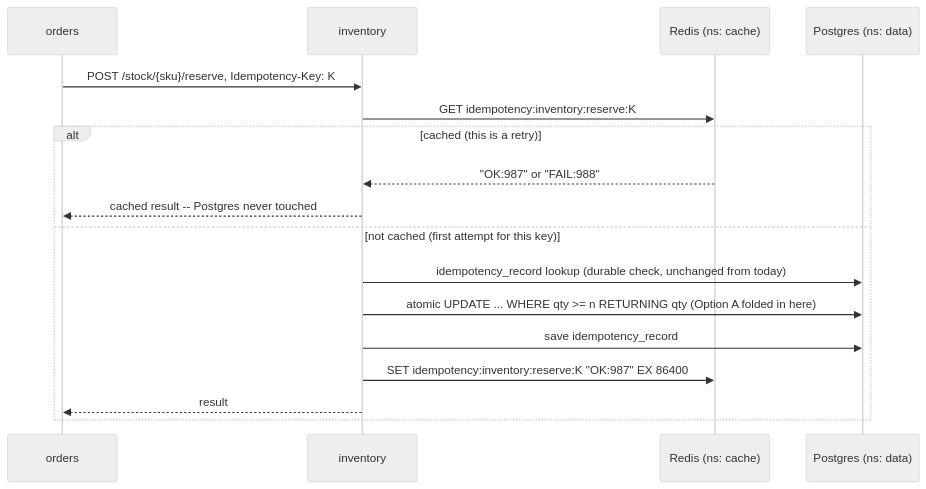
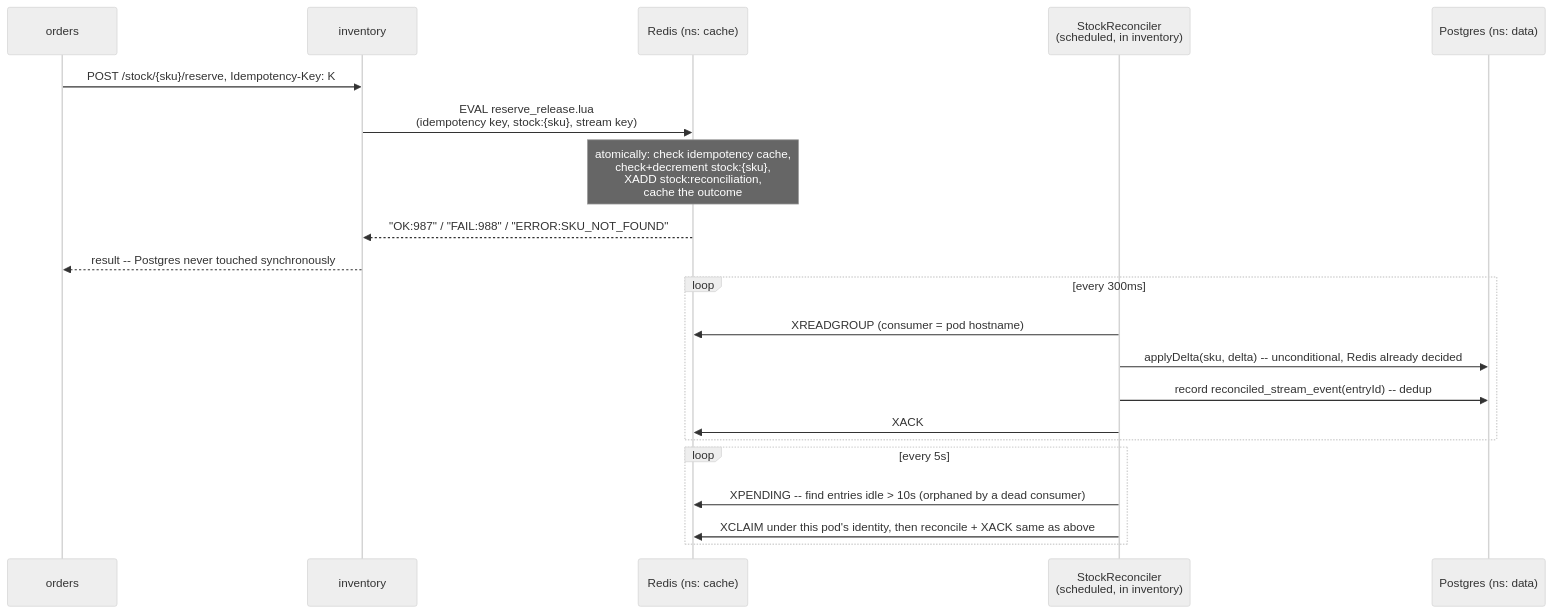
The diagram in README.md (war02abhishek/orderflow), drawn with Mermaid (neutral theme) before and after one commit. The commit also changed other lines of this file and 13 other files, not shown here.

First line of the commit message:
Flash-sale readiness: escalate inventory to Option C (Redis-fronted stock counter)

````diff
--- a/README.md
+++ b/README.md
@@ -450,21 +462,26 @@
 ```mermaid
 sequenceDiagram
   participant O as orders
   participant I as inventory
   participant R as Redis (ns: cache)
+  participant Recon as StockReconciler<br/>(scheduled, in inventory)
   participant PG as Postgres (ns: data)
 
   O->>I: POST /stock/{sku}/reserve, Idempotency-Key: K
-  I->>R: GET idempotency:inventory:reserve:K
+  I->>R: EVAL reserve_release.lua<br/>(idempotency key, stock:{sku}, stream key)
+  Note over R: atomically: check idempotency cache,<br/>check+decrement stock:{sku},<br/>XADD stock:reconciliation,<br/>cache the outcome
+  R-->>I: "OK:987" / "FAIL:988" / "ERROR:SKU_NOT_FOUND"
+  I-->>O: result -- Postgres never touched synchronously
 
-  alt cached (this is a retry)
-    R-->>I: "OK:987" or "FAIL:988"
-    I-->>O: cached result -- Postgres never touched
-  else not cached (first attempt for this key)
-    I->>PG: idempotency_record lookup (durable check, unchanged from today)
-    I->>PG: atomic UPDATE ... WHERE qty >= n RETURNING qty (Option A folded in here)
-    I->>PG: save idempotency_record
-    I->>R: SET idempotency:inventory:reserve:K "OK:987" EX 86400
-    I-->>O: result
+  loop every 300ms
+    Recon->>R: XREADGROUP (consumer = pod hostname)
+    Recon->>PG: applyDelta(sku, delta) -- unconditional, Redis already decided
+    Recon->>PG: record reconciled_stream_event(entryId) -- dedup
+    Recon->>R: XACK
+  end
+
+  loop every 5s
+    Recon->>R: XPENDING -- find entries idle > 10s (orphaned by a dead consumer)
+    Recon->>R: XCLAIM under this pod's identity, then reconcile + XACK same as above
   end
 ```
````
